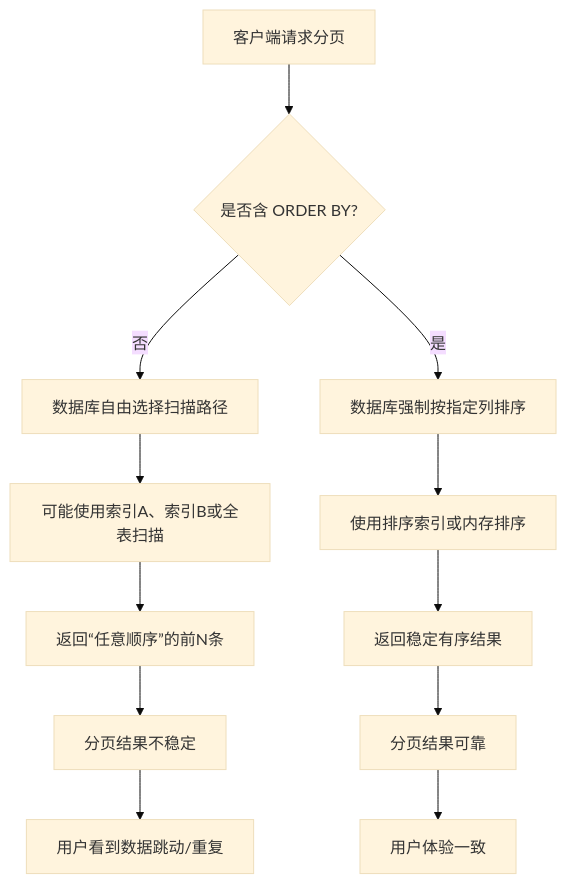
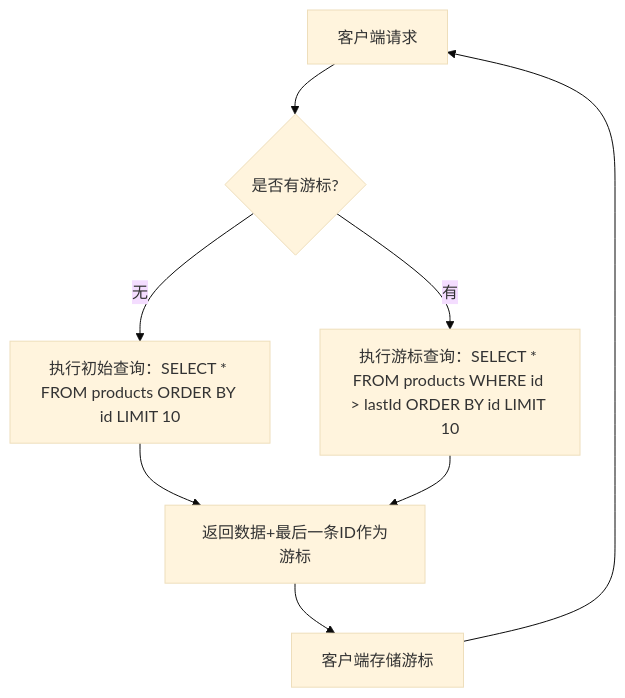
Before and after one commit to ayuayue/ai-note: the second of 2 diagrams in markdown/2025-09/数据库分页不稳定.md, drawn with Mermaid (base theme). The commit also changed other lines of this file and 4 other files, not shown here.

````diff
--- a/markdown/2025-09/数据库分页不稳定.md
+++ b/markdown/2025-09/数据库分页不稳定.md
@@ -117,14 +101,10 @@
 ```mermaid
 graph TD
-    A[客户端请求分页] --> B{是否含 ORDER BY?}
-    B -->|否| C[数据库自由选择扫描路径]
-    C --> D[可能使用索引A、索引B或全表扫描]
-    D --> E[返回“任意顺序”的前N条]
-    E --> F[分页结果不稳定]
-    B -->|是| G[数据库强制按指定列排序]
-    G --> H[使用排序索引或内存排序]
-    H --> I[返回稳定有序结果]
-    I --> J[分页结果可靠]
-    F --> K[用户看到数据跳动/重复]
-    J --> L[用户体验一致]
+    A[客户端请求] --> B{是否有游标?}
+    B -->|无| C[执行初始查询：SELECT * FROM products ORDER BY id LIMIT 10]
+    B -->|有| D[执行游标查询：SELECT * FROM products WHERE id > lastId ORDER BY id LIMIT 10]
+    C --> E[返回数据+最后一条ID作为游标]
+    D --> E
+    E --> F[客户端存储游标]
+    F --> A
 ```
````
